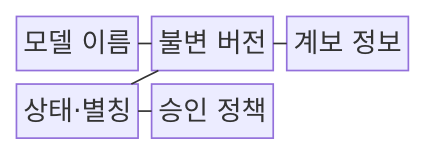
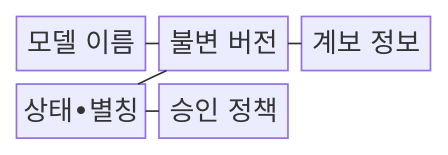
Before and after one commit to agnusdei1207/knowledge-base: the first of 2 diagrams in src/content/docs/notes/08-latest-tech/133_model_registry.md, drawn with Mermaid. The commit also changed other lines of this file and 953 other files, not shown here.

````diff
--- a/src/content/docs/notes/08-latest-tech/133_model_registry.md
+++ b/src/content/docs/notes/08-latest-tech/133_model_registry.md
@@ -68,13 +68,13 @@
 ```mermaid
 block-beta
   columns 3
   A["모델 이름"]
   B["불변 버전"]
   C["계보 정보"]
-  D["상태·별칭"]
+  D["상태•별칭"]
   E["승인 정책"]
   A --- B
   B --- C
   B --- D
   D --- E
 ```
````
